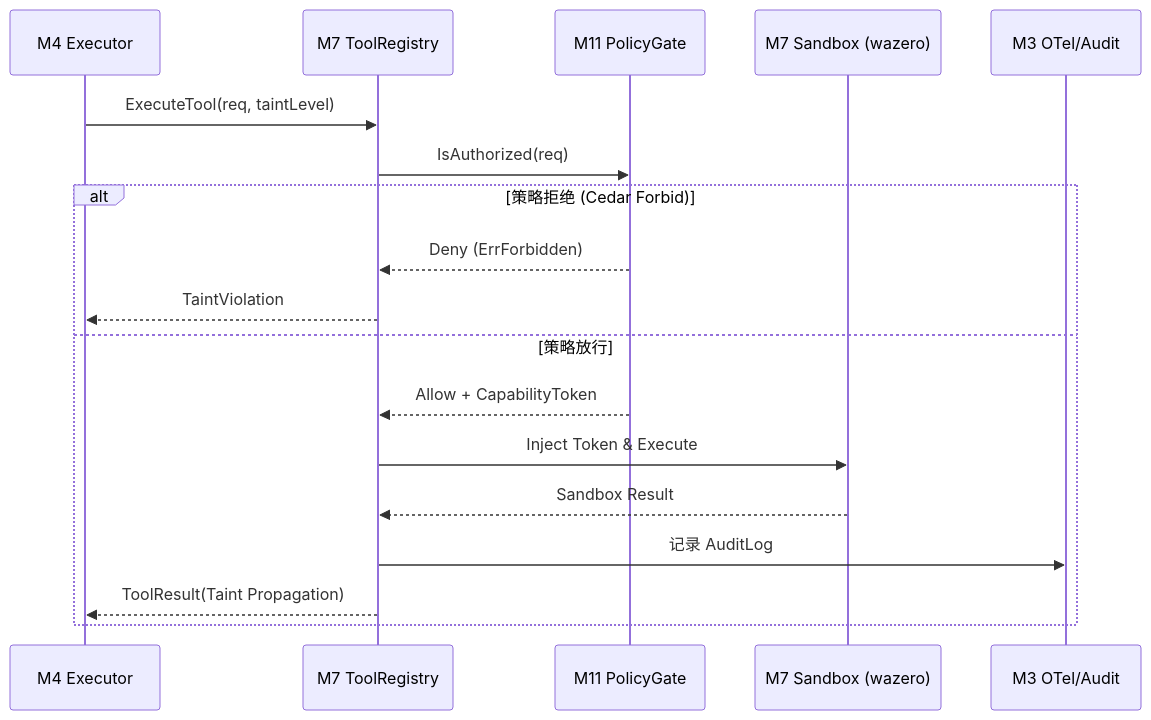
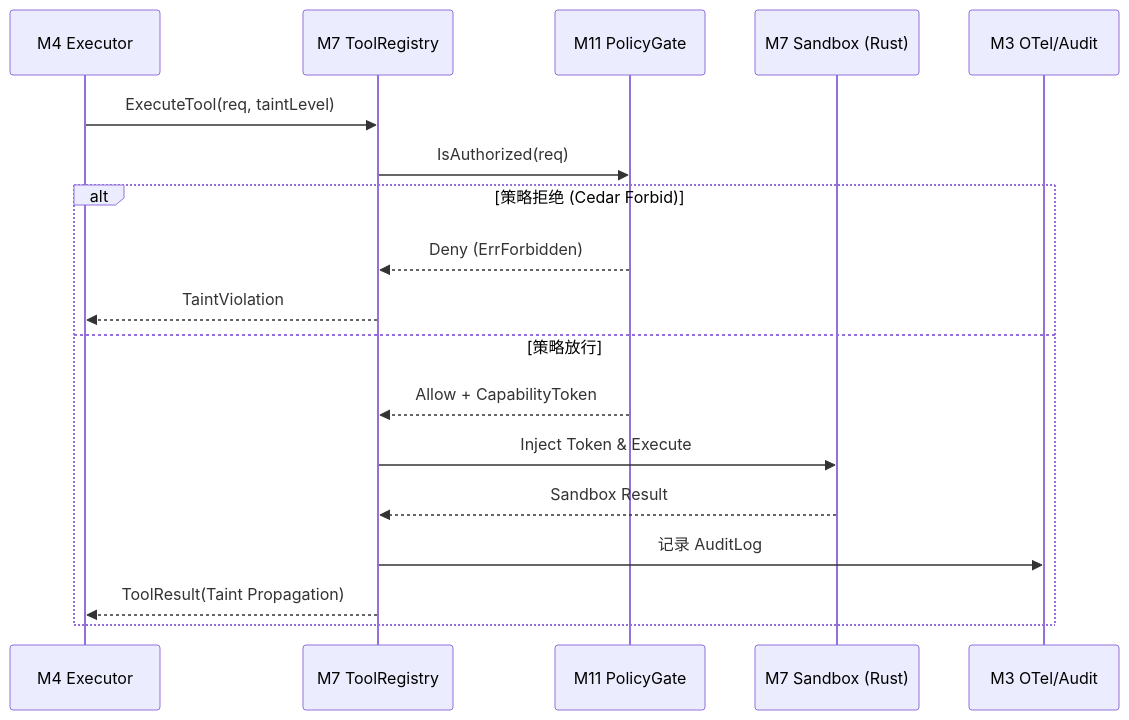
The fourth of 6 diagrams in docs/arch/DIAGRAMS.md (polarisagi/polaris), drawn with Mermaid before and after one commit. The commit also changed 46 other files, not shown here.

First line of the commit message:
refactor(arch): 技能沙箱从 Go wazero/Wasm 迁移至 Rust 脚本沙箱

````diff
--- a/docs/arch/DIAGRAMS.md
+++ b/docs/arch/DIAGRAMS.md
@@ -230,21 +230,21 @@
 ```mermaid
 sequenceDiagram
     participant M4 as M4 Executor
     participant M7 as M7 ToolRegistry
     participant M11 as M11 PolicyGate
-    participant Sbx as M7 Sandbox (wazero)
+    participant Sbx as M7 Sandbox (Rust)
     participant M3 as M3 OTel/Audit
     
     M4->>M7: ExecuteTool(req, taintLevel)
     M7->>M11: IsAuthorized(req)
     alt 策略拒绝 (Cedar Forbid)
         M11-->>M7: Deny (ErrForbidden)
         M7-->>M4: TaintViolation
     else 策略放行
         M11-->>M7: Allow + CapabilityToken
         M7->>Sbx: Inject Token & Execute
         Sbx-->>M7: Sandbox Result
         M7->>M3: 记录 AuditLog
         M7-->>M4: ToolResult(Taint Propagation)
     end
 ```
````
